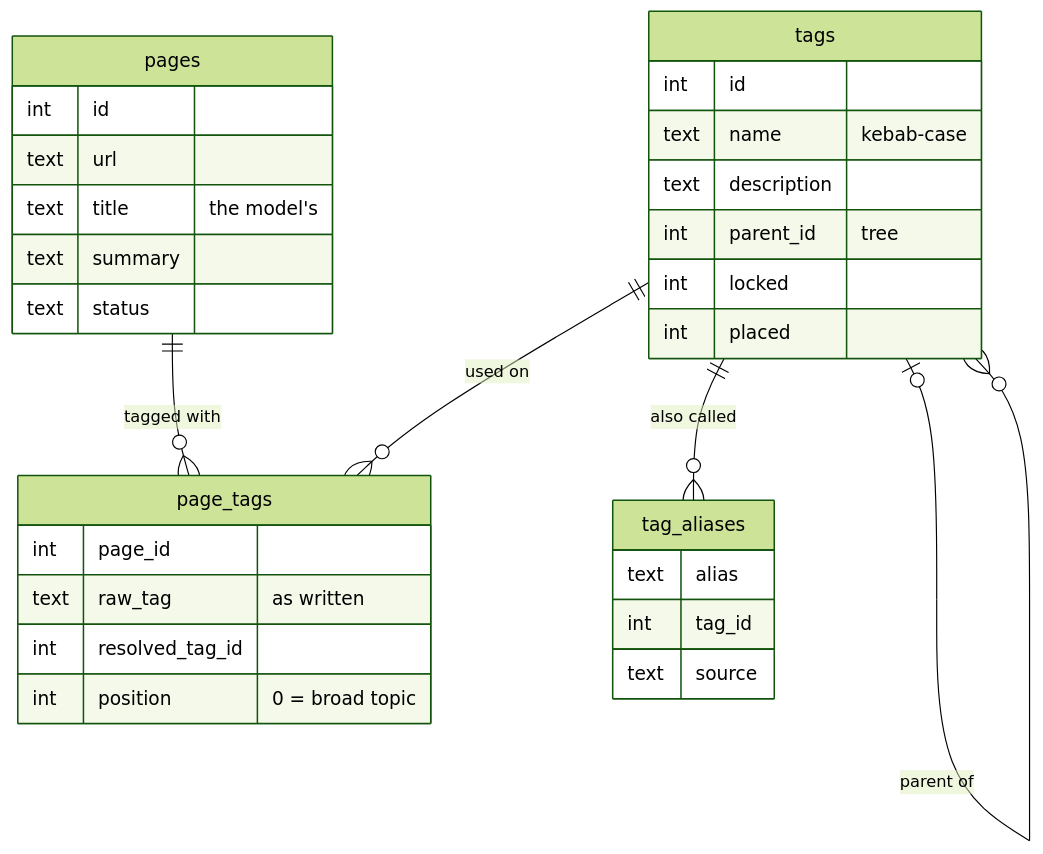
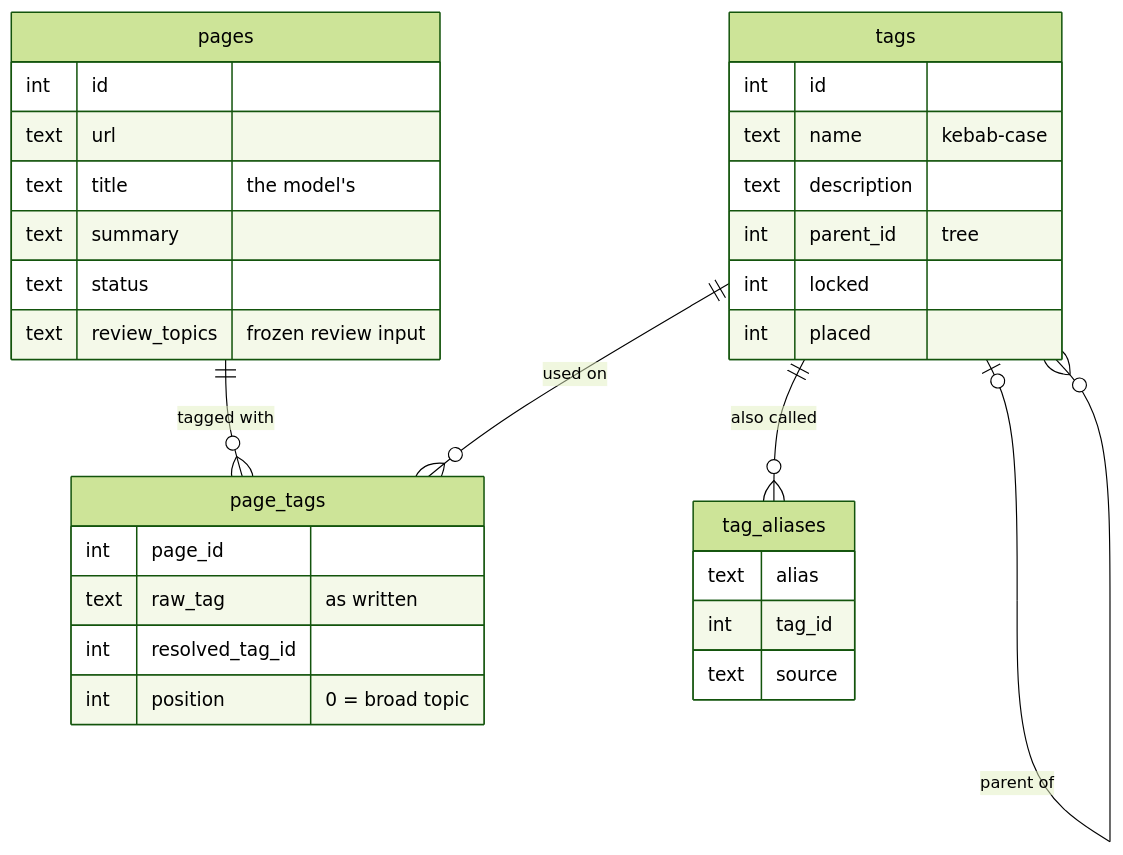
Before and after one commit to agegechkori/tabkeeper: the second of 10 diagrams in docs/tagging-algorithm.md, drawn with Mermaid (forest theme). The commit also changed other lines of this file and 4 other files, not shown here.

First line of the commit message:
A review reads the topics pages had when first reviewed

````diff
--- a/docs/tagging-algorithm.md
+++ b/docs/tagging-algorithm.md
@@ -67,33 +67,34 @@
 ```mermaid
 erDiagram
   pages ||--o{ page_tags : "tagged with"
   tags ||--o{ page_tags : "used on"
   tags ||--o{ tag_aliases : "also called"
   tags |o--o{ tags : "parent of"
   pages {
     int id
     text url
     text title "the model's"
     text summary
     text status
+    text review_topics "frozen review input"
   }
   page_tags {
     int page_id
     text raw_tag "as written"
     int resolved_tag_id
     int position "0 = broad topic"
   }
   tags {
     int id
     text name "kebab-case"
     text description
     int parent_id "tree"
     int locked
     int placed
   }
   tag_aliases {
     text alias
     int tag_id
     text source
   }
 ```
````
